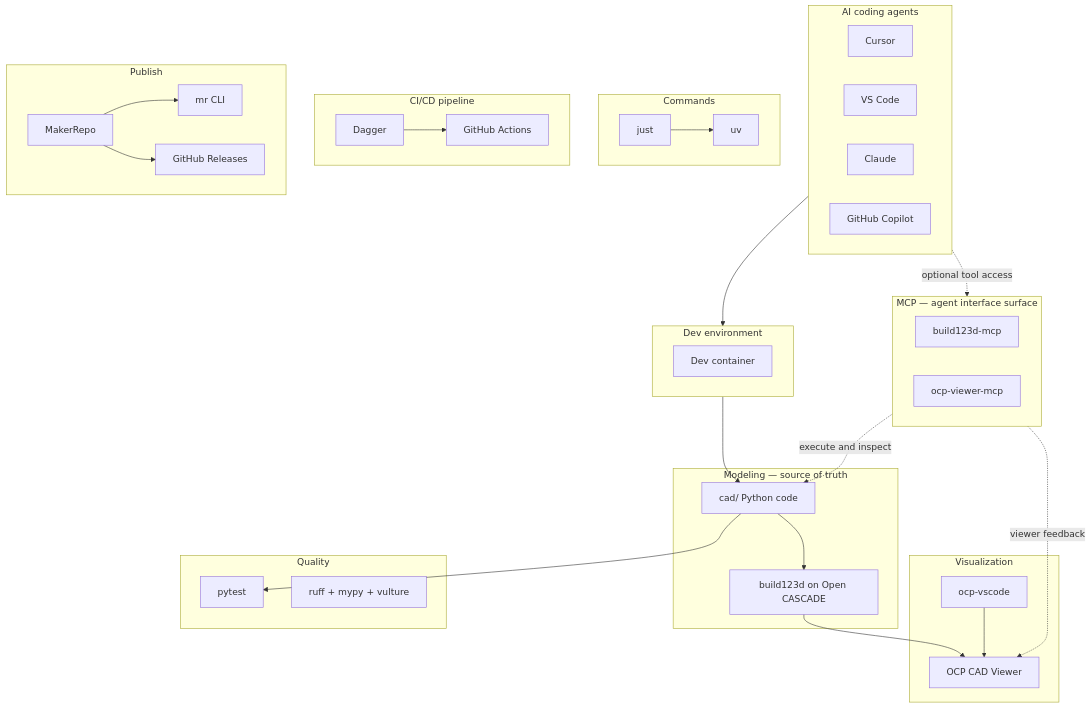
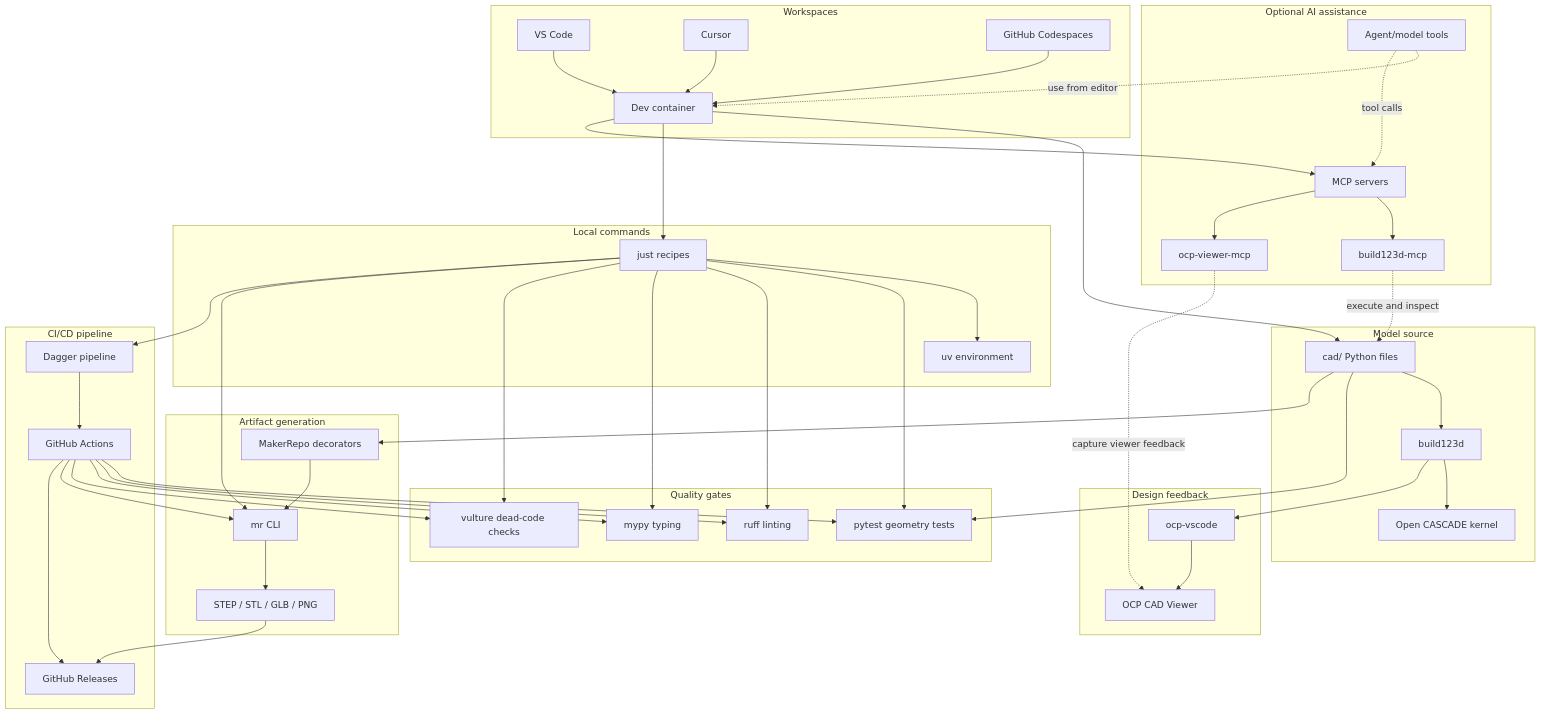
Before and after one commit to Coffee2Bits/CAD-as-Code-Template: the diagram in website/docs/intro.md, drawn with Mermaid. The commit also changed other lines of this file, not shown here.

Commit message:
docs: refine intro stack map

````diff
--- a/website/docs/intro.md
+++ b/website/docs/intro.md
@@ -35,63 +35,91 @@
 ```mermaid
 flowchart TB
-  subgraph agents["AI coding agents"]
+  subgraph workspaces["Workspaces"]
+    VSCODE["VS Code"]
     CURSOR["Cursor"]
-    VSCODE["VS Code"]
-    CLAUDE["Claude"]
-    COPILOT["GitHub Copilot"]
-  end
-
-  subgraph ide["Dev environment"]
+    CODESPACES["GitHub Codespaces"]
     DC["Dev container"]
   end
 
-  subgraph mcp["MCP — agent interface surface"]
+  subgraph assistance["Optional AI assistance"]
+    AGENTS["Agent/model tools"]
+    MCP["MCP servers"]
     B123MCP["build123d-mcp"]
     OCPMCP["ocp-viewer-mcp"]
   end
 
-  subgraph model["Modeling — source of truth"]
-    CAD_SRC["cad/ Python code"]
-    B123D["build123d on Open CASCADE"]
+  subgraph source["Model source"]
+    CAD_SRC["cad/ Python files"]
+    B123D["build123d"]
+    OCC["Open CASCADE kernel"]
   end
 
-  subgraph viz["Visualization"]
-    OCP["OCP CAD Viewer"]
-    BRIDGE["ocp-vscode"]
+  subgraph local["Local commands"]
+    JUST["just recipes"]
+    UV["uv environment"]
   end
 
-  subgraph quality["Quality"]
-    PYTEST["pytest"]
-    RUFF["ruff + mypy + vulture"]
+  subgraph feedback["Design feedback"]
+    BRIDGE["ocp-vscode"]
+    OCP["OCP CAD Viewer"]
   end
 
-  subgraph make["Commands"]
-    JUST["just"]
-    UV["uv"]
+  subgraph quality["Quality gates"]
+    PYTEST["pytest geometry tests"]
+    RUFF["ruff linting"]
+    MYPY["mypy typing"]
+    VULTURE["vulture dead-code checks"]
+  end
+
+  subgraph publish["Artifact generation"]
+    MR["MakerRepo decorators"]
+    MRCLI["mr CLI"]
+    EXPORTS["STEP / STL / GLB / PNG"]
   end
 
   subgraph pipeline["CI/CD pipeline"]
-    DAGGER["Dagger"]
+    DAGGER["Dagger pipeline"]
     GHA["GitHub Actions"]
+    RELEASES["GitHub Releases"]
   end
 
-  subgraph publish["Publish"]
-    MR["MakerRepo"]
-    MRCLI["mr CLI"]
-    REL["GitHub Releases"]
-  end
+  VSCODE --> DC
+  CURSOR --> DC
+  CODESPACES --> DC
+  DC --> CAD_SRC
+  DC --> JUST
+  DC --> MCP
 
-  agents --> ide
-  agents -.->|"optional tool access"| mcp
-  ide --> CAD_SRC
-  mcp -.->|"execute and inspect"| CAD_SRC
-  mcp -.->|"viewer feedback"| OCP
+  AGENTS -.->|"use from editor"| DC
+  AGENTS -.->|"tool calls"| MCP
+  MCP --> B123MCP
+  MCP --> OCPMCP
+  B123MCP -.->|"execute and inspect"| CAD_SRC
+  OCPMCP -.->|"capture viewer feedback"| OCP
+
   CAD_SRC --> B123D
-  B123D --> OCP
+  B123D --> OCC
+  B123D --> BRIDGE
   BRIDGE --> OCP
+
+  JUST --> UV
+  JUST --> PYTEST
+  JUST --> RUFF
+  JUST --> MYPY
+  JUST --> VULTURE
+  JUST --> MRCLI
   CAD_SRC --> PYTEST
-  JUST --> UV
+  CAD_SRC --> MR
+  MR --> MRCLI
+  MRCLI --> EXPORTS
+
+  JUST --> DAGGER
   DAGGER --> GHA
-  MR --> MRCLI
-  MR --> REL
+  GHA --> PYTEST
+  GHA --> RUFF
+  GHA --> MYPY
+  GHA --> VULTURE
+  GHA --> MRCLI
+  EXPORTS --> RELEASES
+  GHA --> RELEASES
 ```
````
